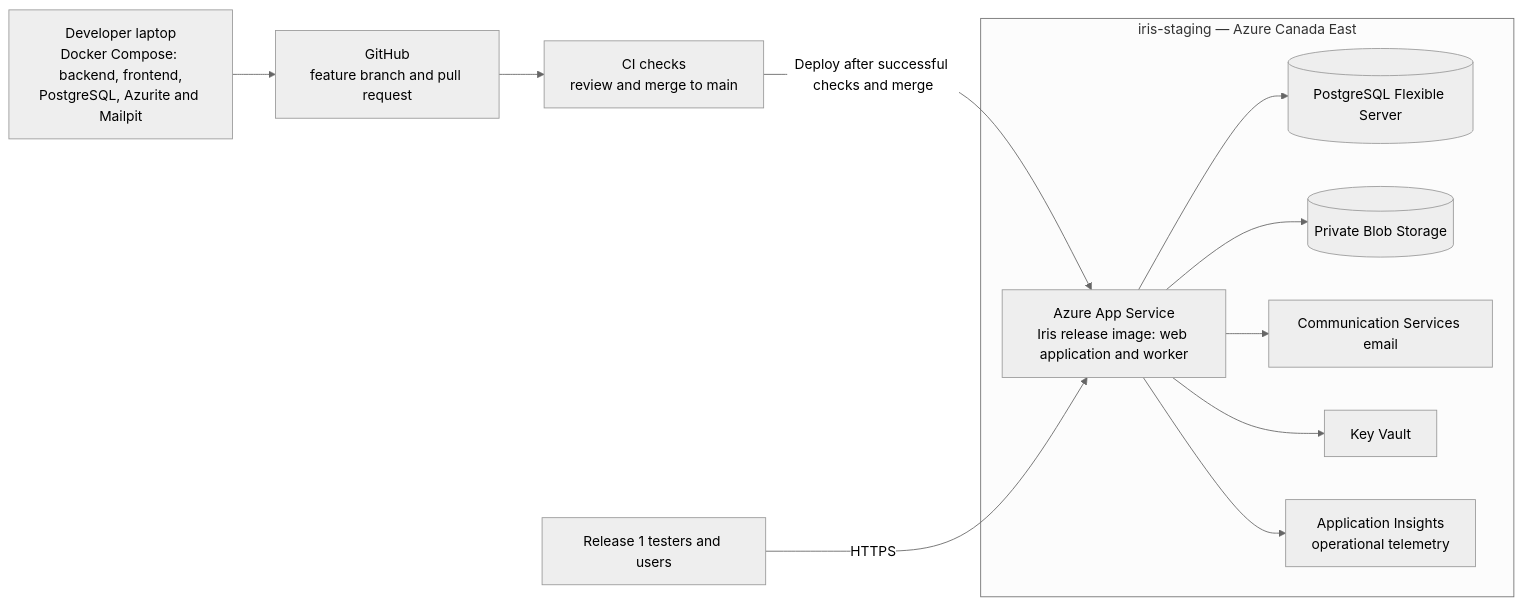
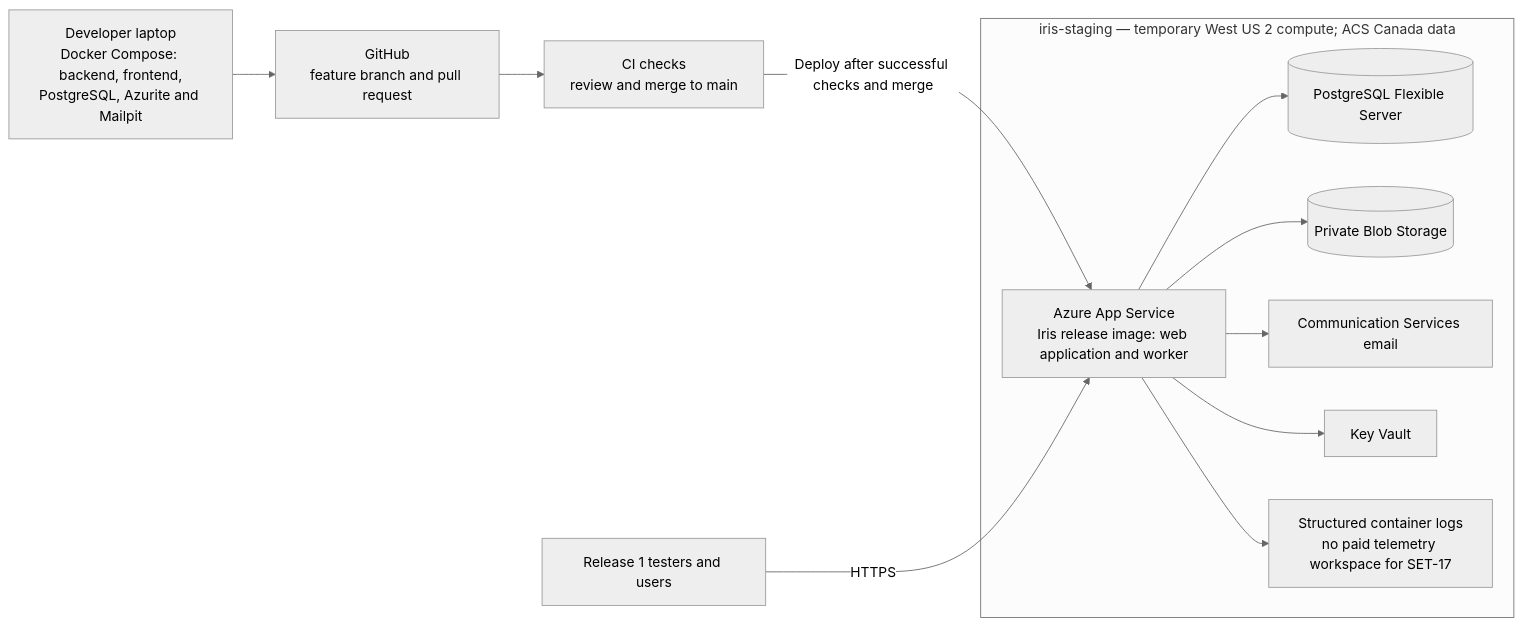
Before and after one commit to B-A-D-R-SL/iris: the fifth of 10 diagrams in docs/04-architecture/architecture.md, drawn with Mermaid (neutral theme). The commit also changed other lines of this file and 4 other files, not shown here.

Commit message:
SET-17 docs(staging): document budget and Azure activation

````diff
--- a/docs/04-architecture/architecture.md
+++ b/docs/04-architecture/architecture.md
@@ -339,28 +341,28 @@
 ```mermaid
 
 flowchart LR
     Dev["Developer laptop<br/>Docker Compose: backend, frontend,<br/>PostgreSQL, Azurite and Mailpit"]
     Git["GitHub<br/>feature branch and pull request"]
     CI["CI checks<br/>review and merge to main"]
 
-    subgraph Stage["iris-staging — Azure Canada East"]
+    subgraph Stage["iris-staging — temporary West US 2 compute; ACS Canada data"]
         App["Azure App Service<br/>Iris release image: web application and worker"]
         DB[("PostgreSQL Flexible Server")]
         Blob[("Private Blob Storage")]
         Mail["Communication Services email"]
         Vault["Key Vault"]
-        Telemetry["Application Insights<br/>operational telemetry"]
+        Logs["Structured container logs<br/>no paid telemetry workspace for SET-17"]
     end
 
     Users["Release 1 testers and users"]
 
     Dev --> Git
     Git --> CI
     CI -->|"Deploy after successful checks and merge"| App
     Users -->|"HTTPS"| App
     App --> DB
     App --> Blob
     App --> Mail
     App --> Vault
-    App --> Telemetry
+    App --> Logs
 ```
````
